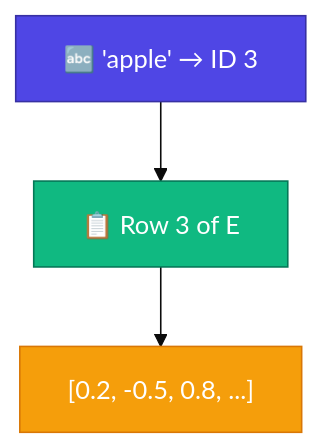
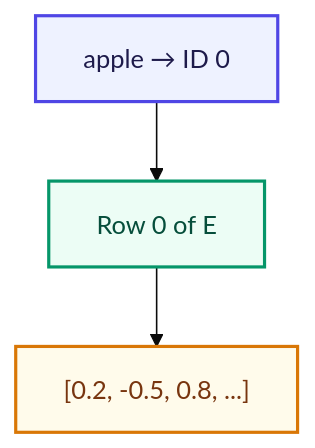
Before and after one commit to bhNibir/build-own-llm: the diagram in content/docs/part-06-neural-lm/01-embedding.mdx, drawn with Mermaid (base theme). The commit also changed other lines of this file and 77 other files, not shown here.

````diff
--- a/content/docs/part-06-neural-lm/01-embedding.mdx
+++ b/content/docs/part-06-neural-lm/01-embedding.mdx
@@ -21,8 +21,8 @@
 ```mermaid
 flowchart TD
-    A["🔤 'apple' → ID 3"]:::input --> B["📋 Row 3 of E"]:::lookup
+    A["apple → ID 0"]:::input --> B["Row 0 of E"]:::lookup
     B --> C["[0.2, -0.5, 0.8, ...]"]:::vector
-    classDef input fill:#4F46E5,color:#fff,stroke:#3730A3
-    classDef lookup fill:#10B981,color:#fff,stroke:#047857
-    classDef vector fill:#F59E0B,color:#fff,stroke:#D97706
+    classDef input fill:#EEF2FF,color:#1E1B4B,stroke:#4F46E5,stroke-width:2px
+    classDef lookup fill:#ECFDF5,color:#064E3B,stroke:#059669,stroke-width:2px
+    classDef vector fill:#FFFBEB,color:#78350F,stroke:#D97706,stroke-width:2px
 ```
````
